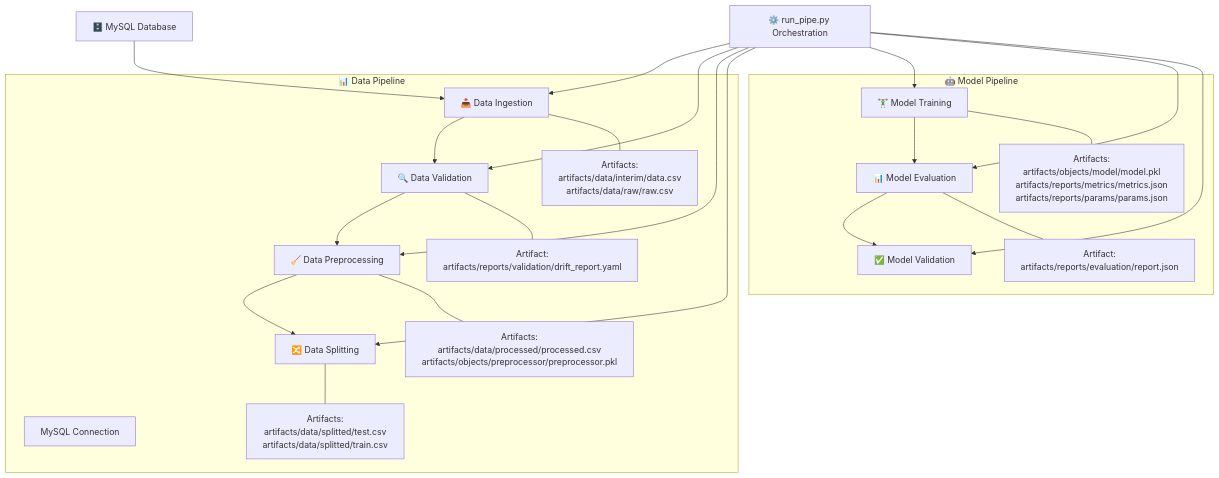
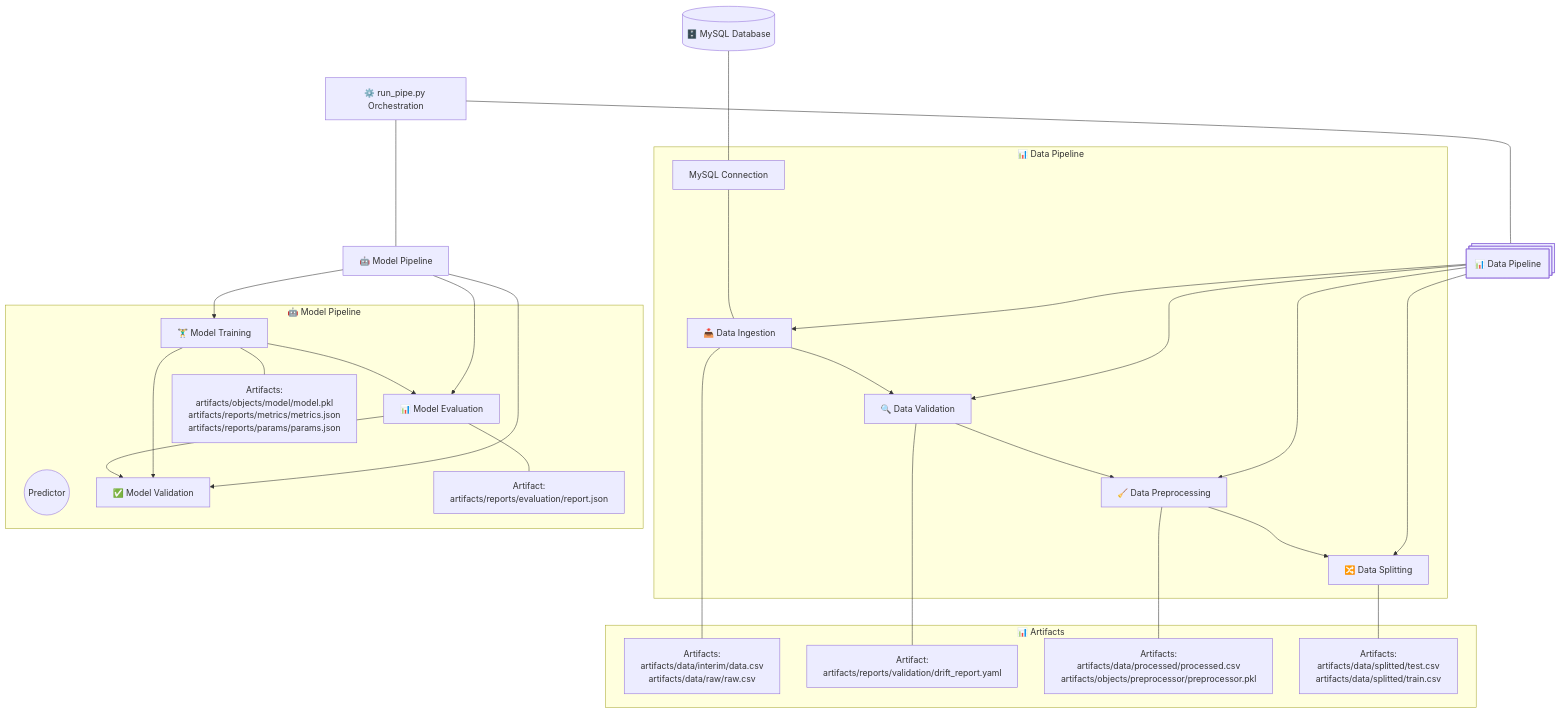
Before and after one commit to mateen-mk/Hotel-Booking-Cancellation: the diagram in README.md, drawn with Mermaid.

Commit message:
README.md updated

````diff
--- a/README.md
+++ b/README.md
@@ -157,63 +157,75 @@
 ```mermaid
 flowchart TD
     %% Input Node for Data Ingestion
-    DB["🗄️ MySQL Database"]
+    DB[("🗄️ MySQL Database")]
 
     %% Data Pipeline Subgraph
     subgraph "📊 Data Pipeline"
       %% MySQL Connnection Script
       MC["MySQL Connection"]
       DI["📥 Data Ingestion"]
       DV["🔍 Data Validation"]
       DP["🧹 Data Preprocessing"]
       DS["🔀 Data Splitting"]
-      
-      %% Artifacts for Data Pipeline
+
+      DI --> DV
+      DV --> DP
+      DP --> DS
+
+    end
+    %% Artifacts for Data Pipeline
+    subgraph "📊 Artifacts"
       DIa["Artifacts:<br>artifacts/data/interim/data.csv<br>artifacts/data/raw/raw.csv"]
       DVa["Artifact:<br>artifacts/reports/validation/drift_report.yaml"]
       DPa["Artifacts:<br>artifacts/data/processed/processed.csv<br>artifacts/objects/preprocessor/preprocessor.pkl"]
       DSa["Artifacts:<br>artifacts/data/splitted/test.csv<br>artifacts/data/splitted/train.csv"]
-      
-      DI --> DV
-      DV --> DP
-      DP --> DS
-      
-      DI --- DIa
-      DV --- DVa
+    
+      MC ----- DI
+      DI ---- DIa
+      DV ---- DVa
       DP --- DPa
       DS --- DSa
     end
 
     %% Model Pipeline Subgraph
     subgraph "🤖 Model Pipeline"
+
+      MP((" Predictor"))
       MT["🏋️‍♂️ Model Training"]
       ME["📊 Model Evaluation"]
       MV["✅ Model Validation"]
       
       %% Artifacts for Model Pipeline
       MTa["Artifacts:<br>artifacts/objects/model/model.pkl<br>artifacts/reports/metrics/metrics.json<br>artifacts/reports/params/params.json"]
       MEa["Artifact:<br>artifacts/reports/evaluation/report.json"]
       
       MT --> ME
       ME --> MV
       
       MT --- MTa
       ME --- MEa
     end
 
     %% Orchestration Node
-    C["⚙️ run_pipe.py Orchestration"]
+    RPipe["⚙️ run_pipe.py Orchestration"]
 
     %% Connect Input to Data Pipeline
-    DB --> DI
+    DB ---- MC
+
+    %% Connect Data Pipeline to Data Scripts
+    DPipe@{ shape: procs, label: "📊 Data Pipeline"}
+    DPipe --> DI
+    DPipe --> DV
+    DPipe --> DP
+    DPipe --> DS
+
+    %% Connect Model Pipeline to Model Scripts
+    MPipe["🤖 Model Pipeline"]
+    MPipe --> MT --> MV
+    MPipe --> ME
+    MPipe --> MV
 
     %% Connect orchestration to pipelines
-    C --> DI
-    C --> DV
-    C --> DP
-    C --> DS
-    C --> MT
-    C --> ME
-    C --> MV
+    RPipe ----- DPipe & MPipe
 
 ```
````
